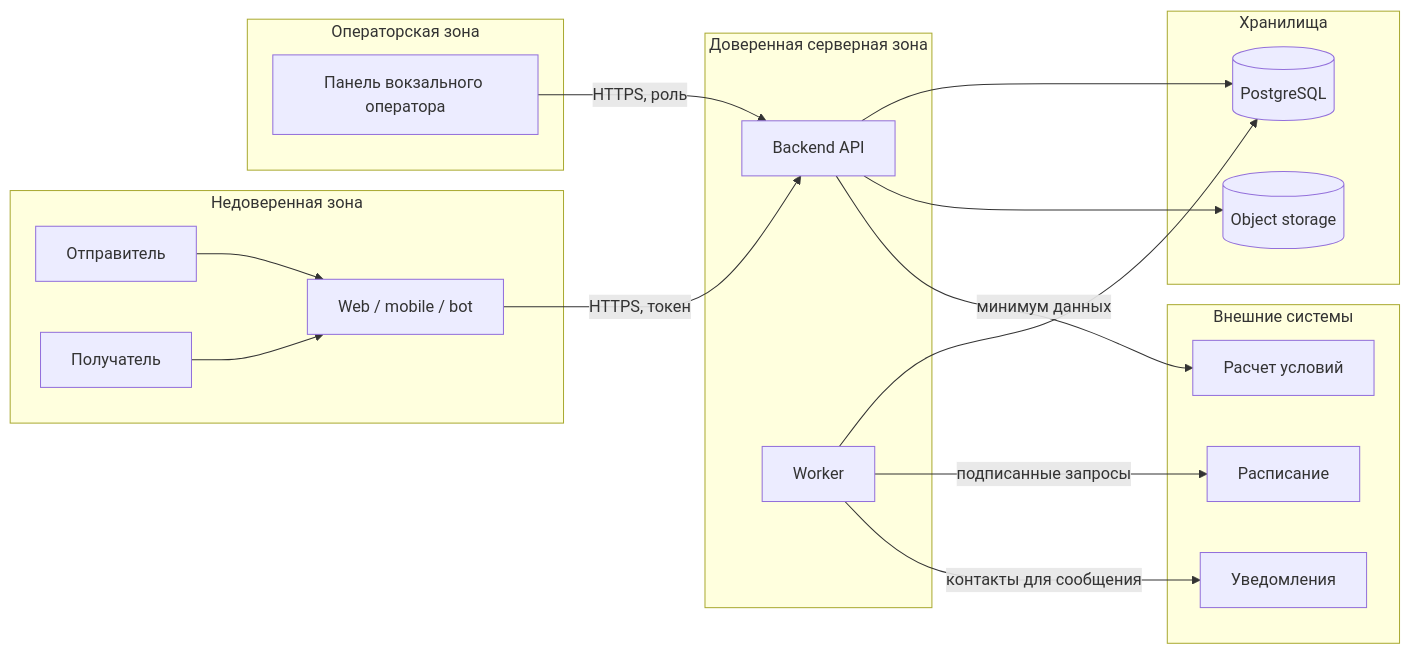
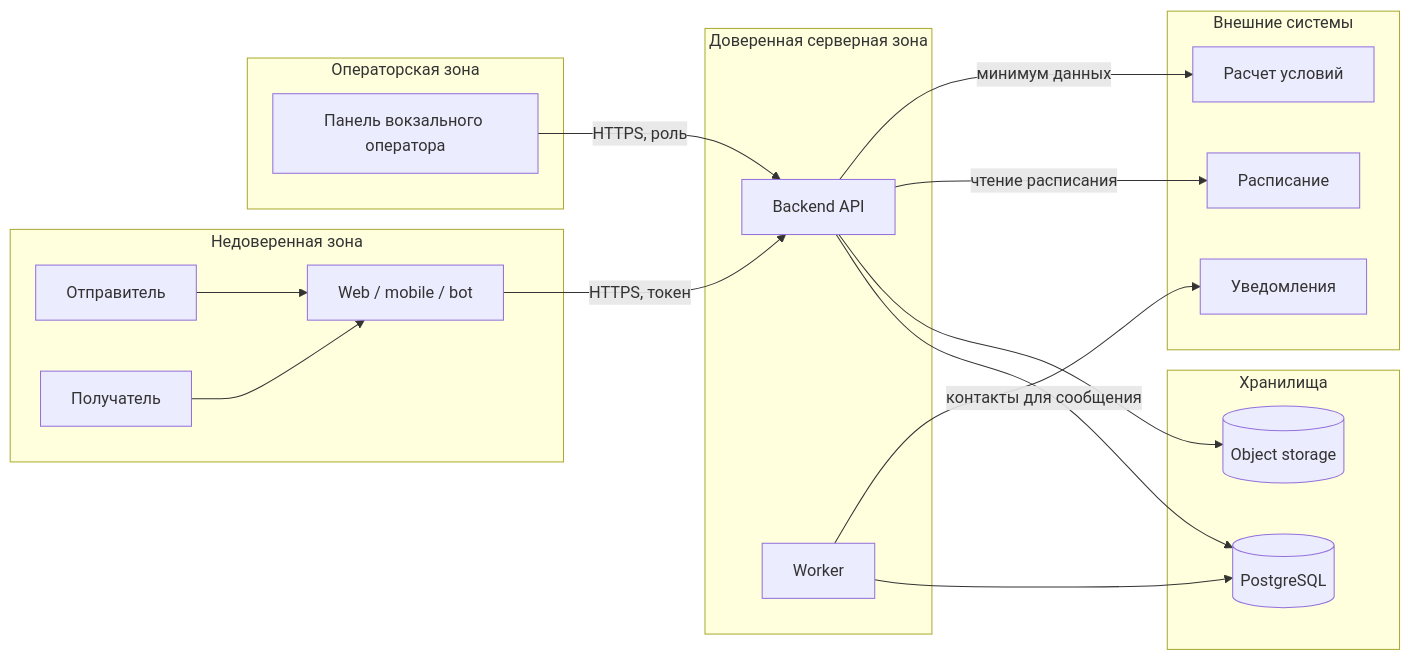
One commit to W1zzK1/Plan-dissertation changed the diagram in 10-безопасность.md. Above: the diagram before and after it, drawn with Mermaid. The commit also changed other lines of this file and 10 other files, not shown here.

````diff
--- a/10-безопасность.md
+++ b/10-безопасность.md
@@ -15,39 +15,39 @@
 ```mermaid
 flowchart LR
     subgraph Public[Недоверенная зона]
         Sender[Отправитель]
         Recipient[Получатель]
         Client[Web / mobile / bot]
     end
 
     subgraph OperatorZone[Операторская зона]
         Operator[Панель вокзального оператора]
     end
 
     subgraph Backend[Доверенная серверная зона]
         API[Backend API]
         Worker[Worker]
     end
 
     subgraph Storage[Хранилища]
         DB[(PostgreSQL)]
         Files[(Object storage)]
     end
 
     subgraph External[Внешние системы]
         Schedule[Расписание]
         Pricing[Расчет условий]
         Notify[Уведомления]
     end
 
     Sender --> Client
     Recipient --> Client
     Client -->|HTTPS, токен| API
     Operator -->|HTTPS, роль| API
     API --> DB
     API --> Files
     Worker --> DB
-    Worker -->|подписанные запросы| Schedule
+    API -->|чтение расписания| Schedule
     API -->|минимум данных| Pricing
     Worker -->|контакты для сообщения| Notify
 ```
````
